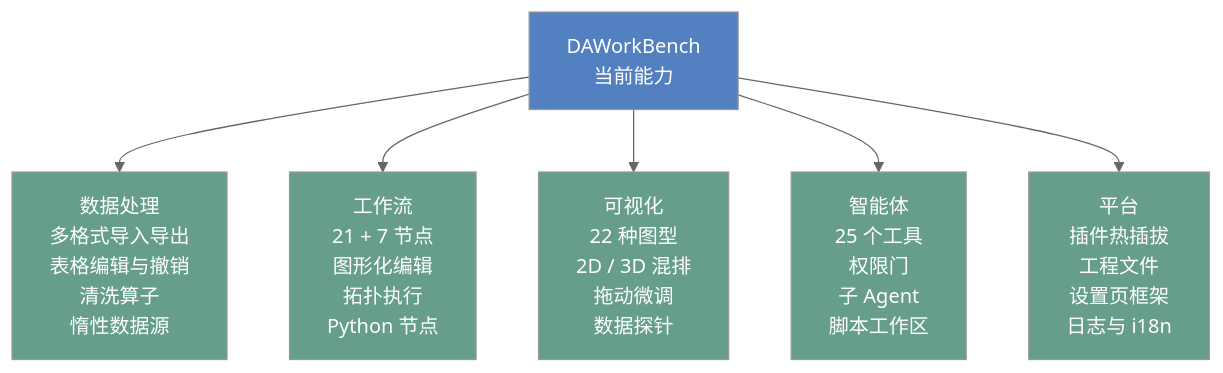
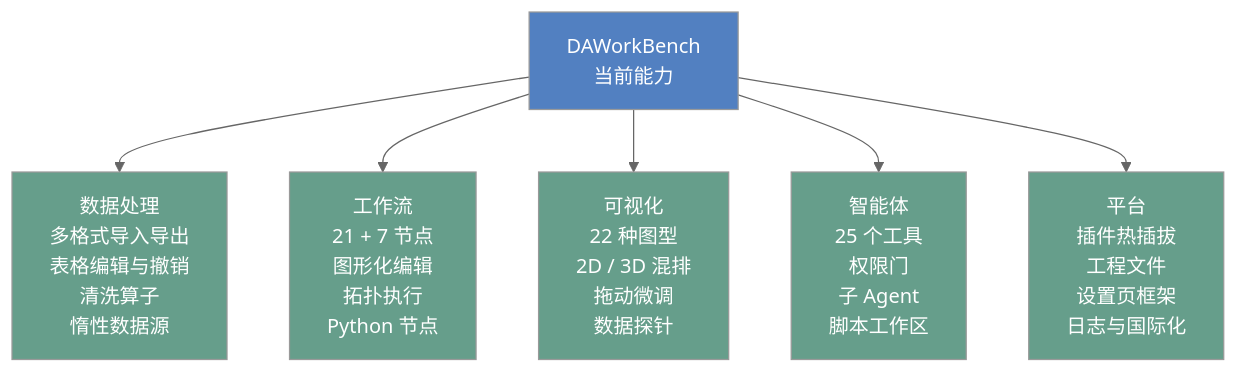
One commit to czyt1988/data-workbench changed the fourth of 16 diagrams in docs/zh/roadmap.md. Above: the diagram before and after it, drawn with Mermaid (neutral theme). The commit also changed other lines of this file and 55 other files, not shown here.

````diff
--- a/docs/zh/roadmap.md
+++ b/docs/zh/roadmap.md
@@ -231,13 +231,13 @@
 ```mermaid
 flowchart TB
     ROOT["DAWorkBench<br/>当前能力"]
     ROOT --> D["数据处理<br/>多格式导入导出<br/>表格编辑与撤销<br/>清洗算子<br/>惰性数据源"]
     ROOT --> W["工作流<br/>21 + 7 节点<br/>图形化编辑<br/>拓扑执行<br/>Python 节点"]
     ROOT --> V["可视化<br/>22 种图型<br/>2D / 3D 混排<br/>拖动微调<br/>数据探针"]
     ROOT --> A["智能体<br/>25 个工具<br/>权限门<br/>子 Agent<br/>脚本工作区"]
-    ROOT --> P["平台<br/>插件热插拔<br/>工程文件<br/>设置页框架<br/>日志与 i18n"]
+    ROOT --> P["平台<br/>插件热插拔<br/>工程文件<br/>设置页框架<br/>日志与国际化"]
     classDef root fill:#5280C1,color:#fff
     classDef dom fill:#669E8B,color:#fff
     class ROOT root
     class D,W,V,A,P dom
 ```
````
